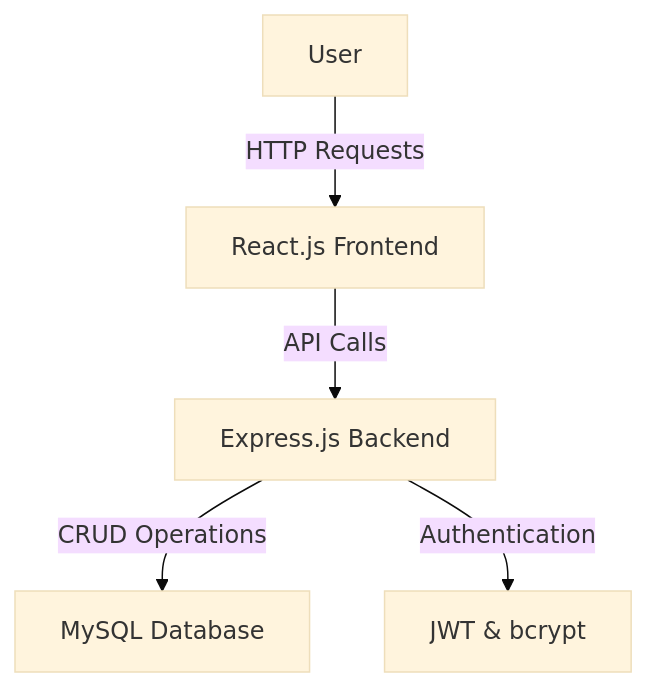
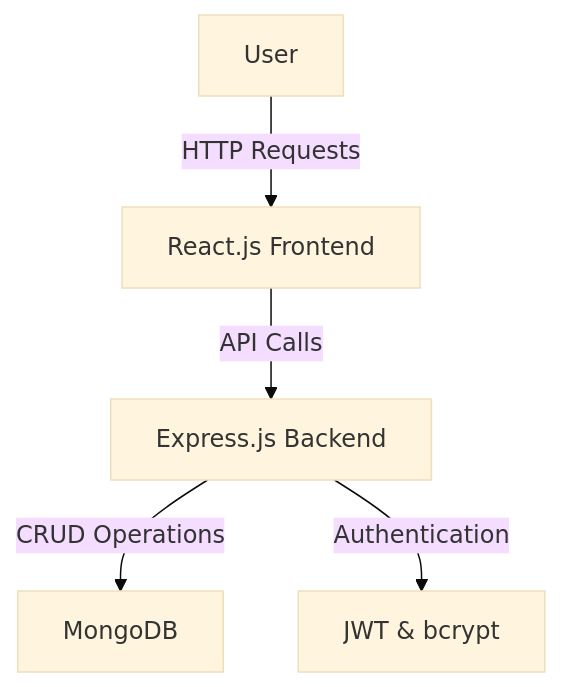
The diagram in README.md (mrpateljeet/Group_3_Engineers), drawn with Mermaid (base theme) before and after one commit. The commit also changed other lines of this file and 10 other files, not shown here.

````diff
--- a/README.md
+++ b/README.md
@@ -150,7 +148,7 @@
 ```mermaid
 graph TD;
     A[User] -->|HTTP Requests| B[React.js Frontend]
     B -->|API Calls| C[Express.js Backend]
-    C -->|CRUD Operations| D[MySQL Database]
+    C -->|CRUD Operations| D[MongoDB]
     C -->|Authentication| E[JWT & bcrypt]
 ```
````
